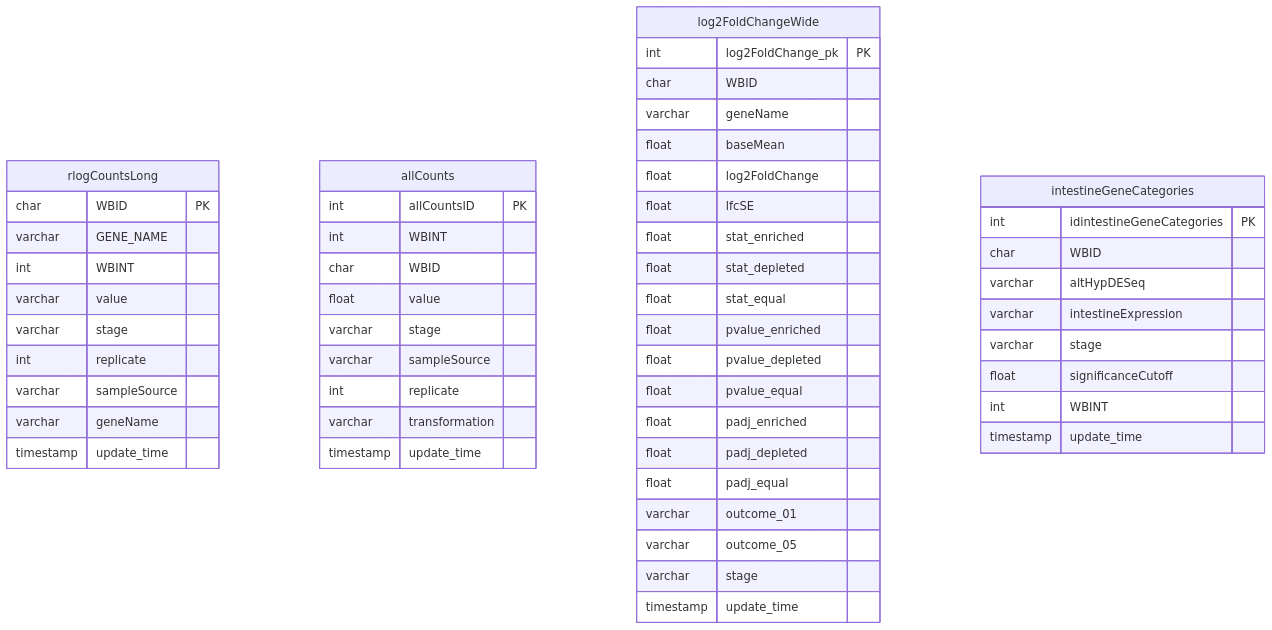
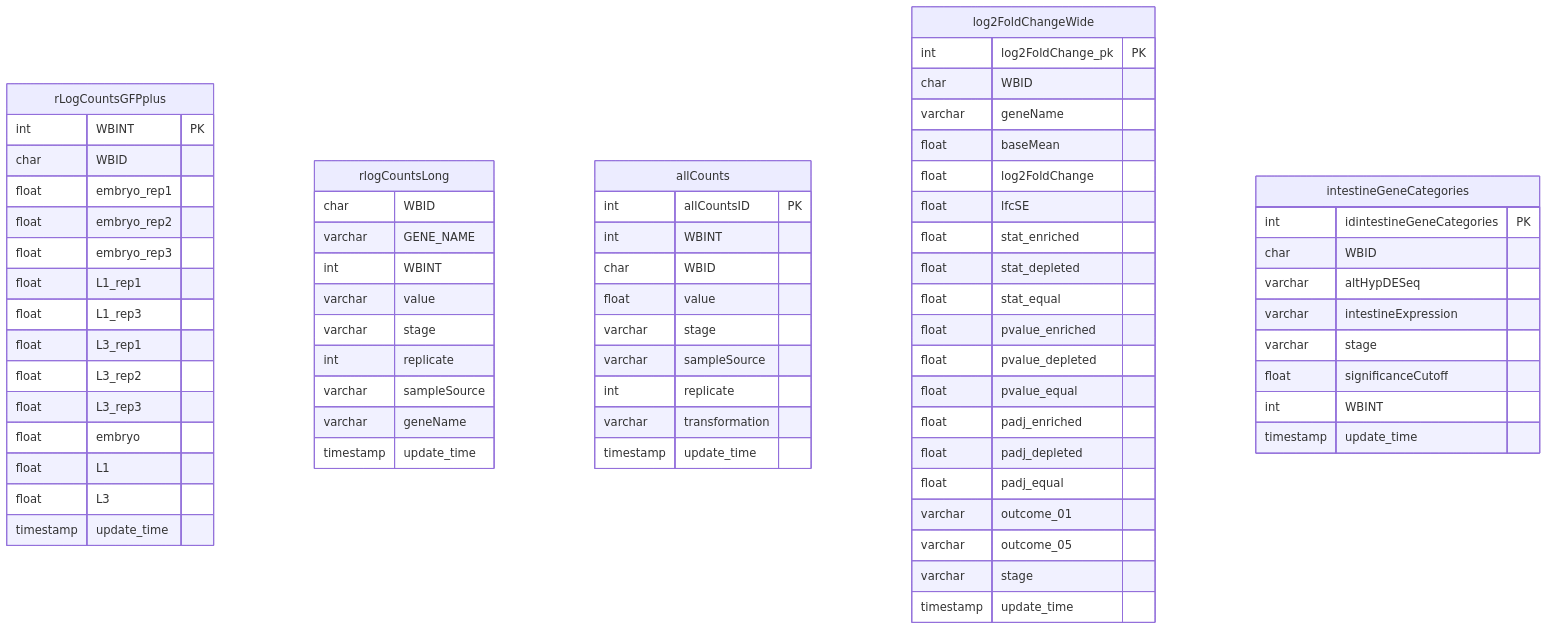
The first of 3 diagrams in README.md (meekrob/OnishRDB), drawn with Mermaid before and after one commit.

````diff
--- a/README.md
+++ b/README.md
@@ -93,65 +93,83 @@
 ```mermaid 
 erDiagram
+
+rLogCountsGFPplus {
+int WBINT PK
+char WBID 
+float embryo_rep1 
+float embryo_rep2 
+float embryo_rep3 
+float L1_rep1 
+float L1_rep3 
+float L3_rep1 
+float L3_rep2 
+float L3_rep3 
+float embryo 
+float L1 
+float L3 
+timestamp update_time 
+}
+
 rlogCountsLong {
-  char WBID PK
+  char WBID 
   varchar GENE_NAME
   int WBINT
   varchar value
   varchar stage
   int replicate 
   varchar sampleSource
   varchar geneName
   timestamp update_time
     }
 
 allCounts {
   int allCountsID PK
   int WBINT
   char WBID
   float value
   varchar stage
   varchar sampleSource
   int replicate
   varchar transformation
   timestamp update_time 
 }
 
 
 
 
 
 log2FoldChangeWide {
 int log2FoldChange_pk PK
 char WBID 
 varchar geneName 
 float baseMean 
 float log2FoldChange 
 float lfcSE 
 float stat_enriched 
 float stat_depleted 
 float stat_equal 
 float pvalue_enriched 
 float pvalue_depleted 
 float pvalue_equal 
 float padj_enriched 
 float padj_depleted 
 float padj_equal 
 varchar outcome_01 
 varchar outcome_05 
 varchar stage 
 timestamp update_time
 }
 
 
 intestineGeneCategories { 
 int idintestineGeneCategories PK
 char WBID 
 varchar altHypDESeq 
 varchar intestineExpression 
 varchar stage 
 float significanceCutoff 
 int WBINT 
 timestamp update_time
 }
 
 ```
````
